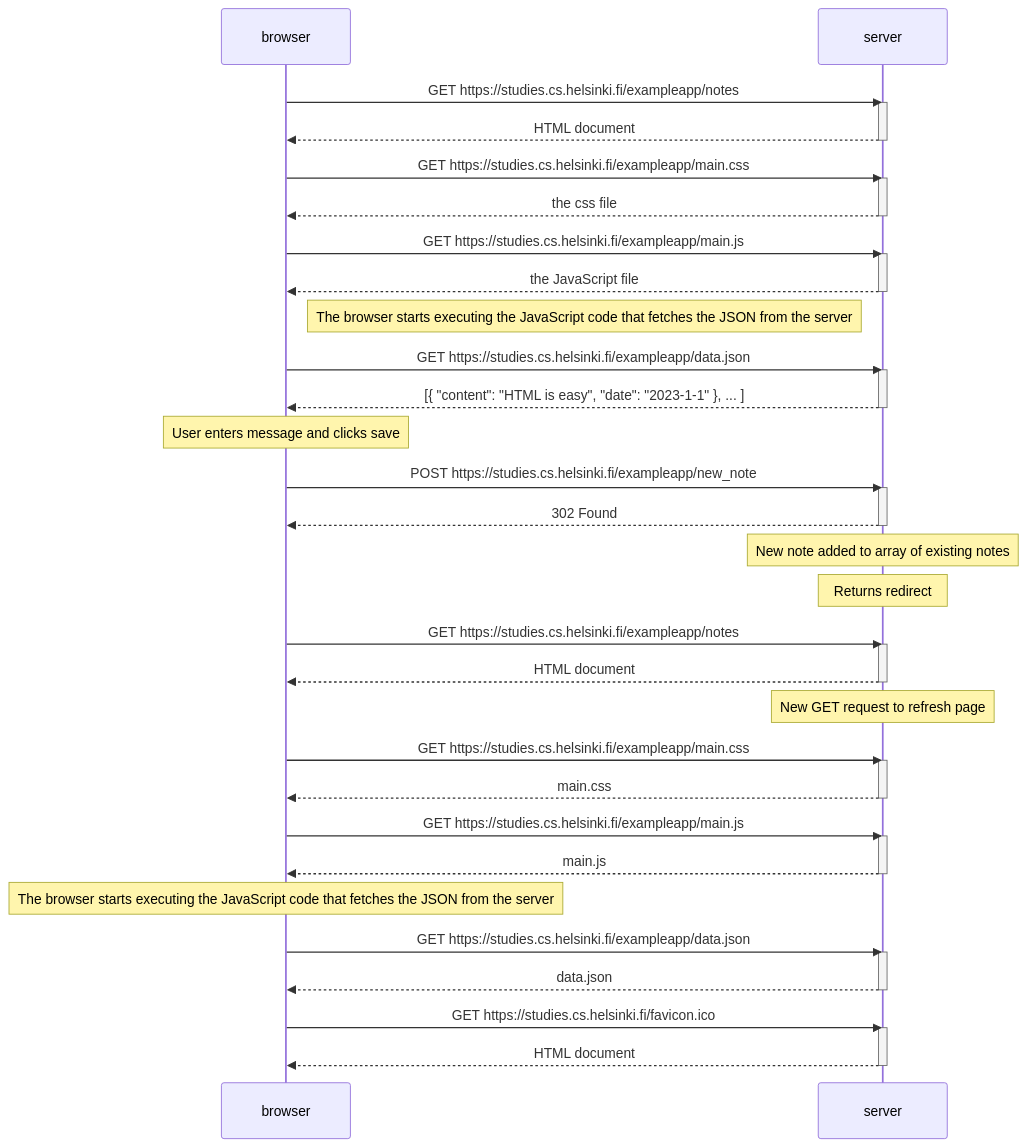
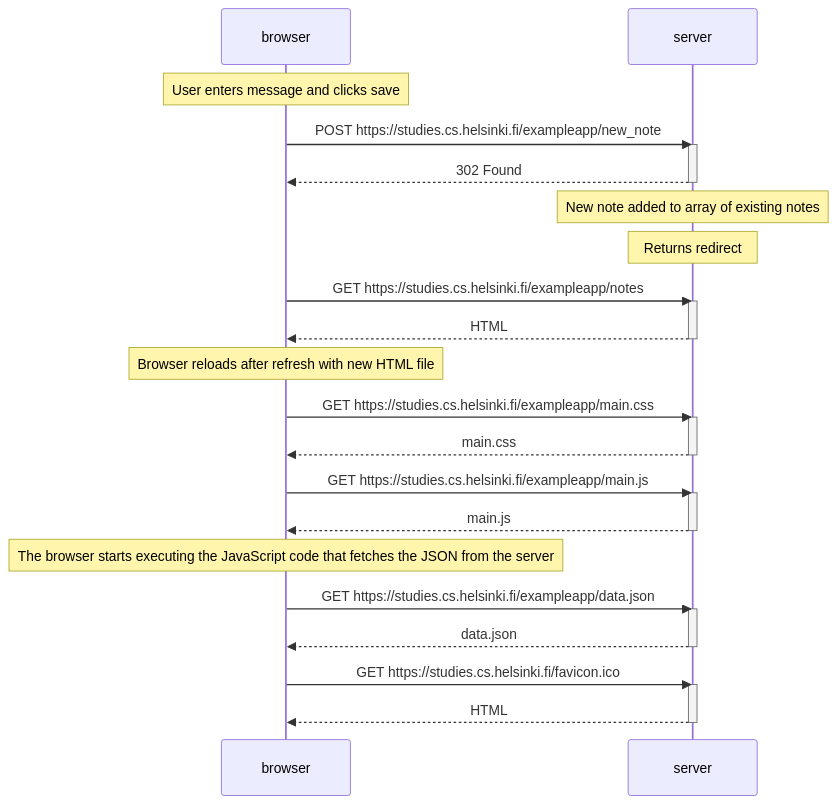
The diagram in part0/0.4.md (joekbullard/helsinki-mooc), drawn with Mermaid before and after one commit.

````diff
--- a/part0/0.4.md
+++ b/part0/0.4.md
@@ -1,68 +1,46 @@
 ```mermaid
 sequenceDiagram
     participant browser
     participant server
-    
-    browser->>server: GET https://studies.cs.helsinki.fi/exampleapp/notes
-    activate server
-    server-->>browser: HTML document
-    deactivate server
-
-    browser->>server: GET https://studies.cs.helsinki.fi/exampleapp/main.css
-    activate server
-    server-->>browser: the css file
-    deactivate server
-
-    browser->>server: GET https://studies.cs.helsinki.fi/exampleapp/main.js
-    activate server
-    server-->>browser: the JavaScript file
-    deactivate server
-
-    Note right of browser: The browser starts executing the JavaScript code that fetches the JSON from the server
-
-    browser->>server: GET https://studies.cs.helsinki.fi/exampleapp/data.json
-    activate server
-    server-->>browser: [{ "content": "HTML is easy", "date": "2023-1-1" }, ... ]
-    deactivate server
     
     Note over browser: User enters message and clicks save
     
     browser->>server: POST https://studies.cs.helsinki.fi/exampleapp/new_note
     activate server
     server-->>browser: 302 Found
     deactivate server
     
     Note over server: New note added to array of existing notes
     
     Note over server: Returns redirect
     
     browser->>server: GET https://studies.cs.helsinki.fi/exampleapp/notes
     activate server
-    server-->>browser: HTML document
+    server-->>browser: HTML
     deactivate server
     
-    Note over server: New GET request to refresh page
+    Note over browser: Browser reloads after refresh with new HTML file
     
     browser->>server: GET https://studies.cs.helsinki.fi/exampleapp/main.css
     activate server
     server-->>browser: main.css
     deactivate server
 
     browser->>server: GET https://studies.cs.helsinki.fi/exampleapp/main.js
     activate server
     server-->>browser: main.js
     deactivate server
     
     Note over browser: The browser starts executing the JavaScript code that fetches the JSON from the server
     
     browser->>server: GET https://studies.cs.helsinki.fi/exampleapp/data.json
     activate server
     server-->>browser: data.json
     deactivate server
     
     browser->>server: GET https://studies.cs.helsinki.fi/favicon.ico
     activate server
-    server-->>browser: HTML document
+    server-->>browser: HTML
     deactivate server
 
 ```    
````
